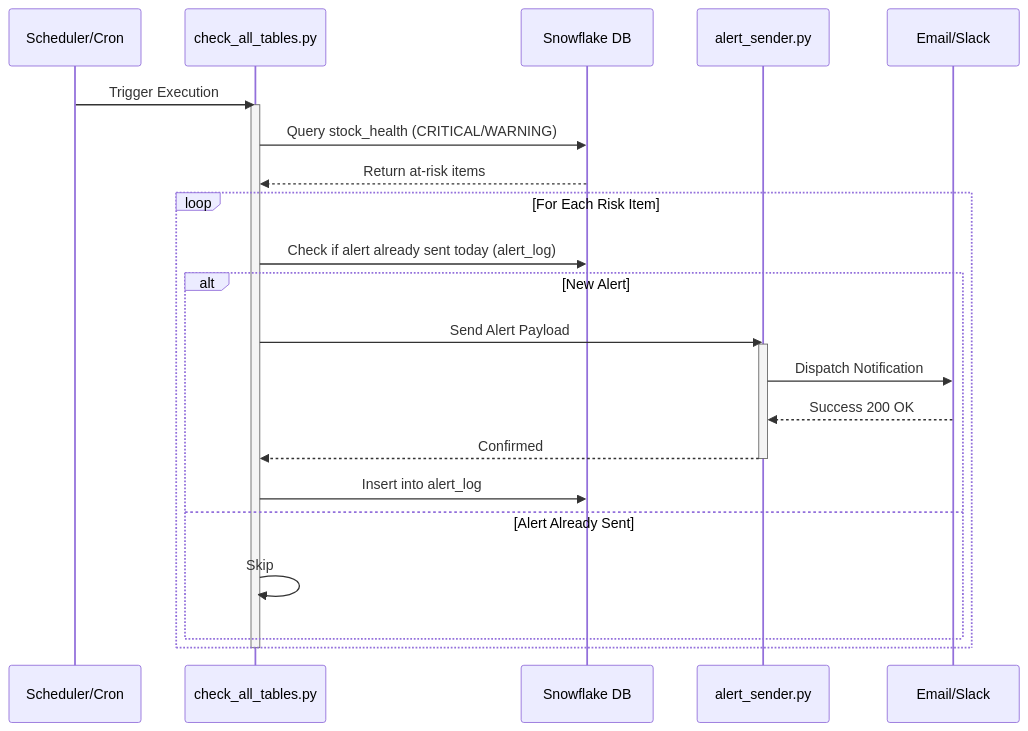
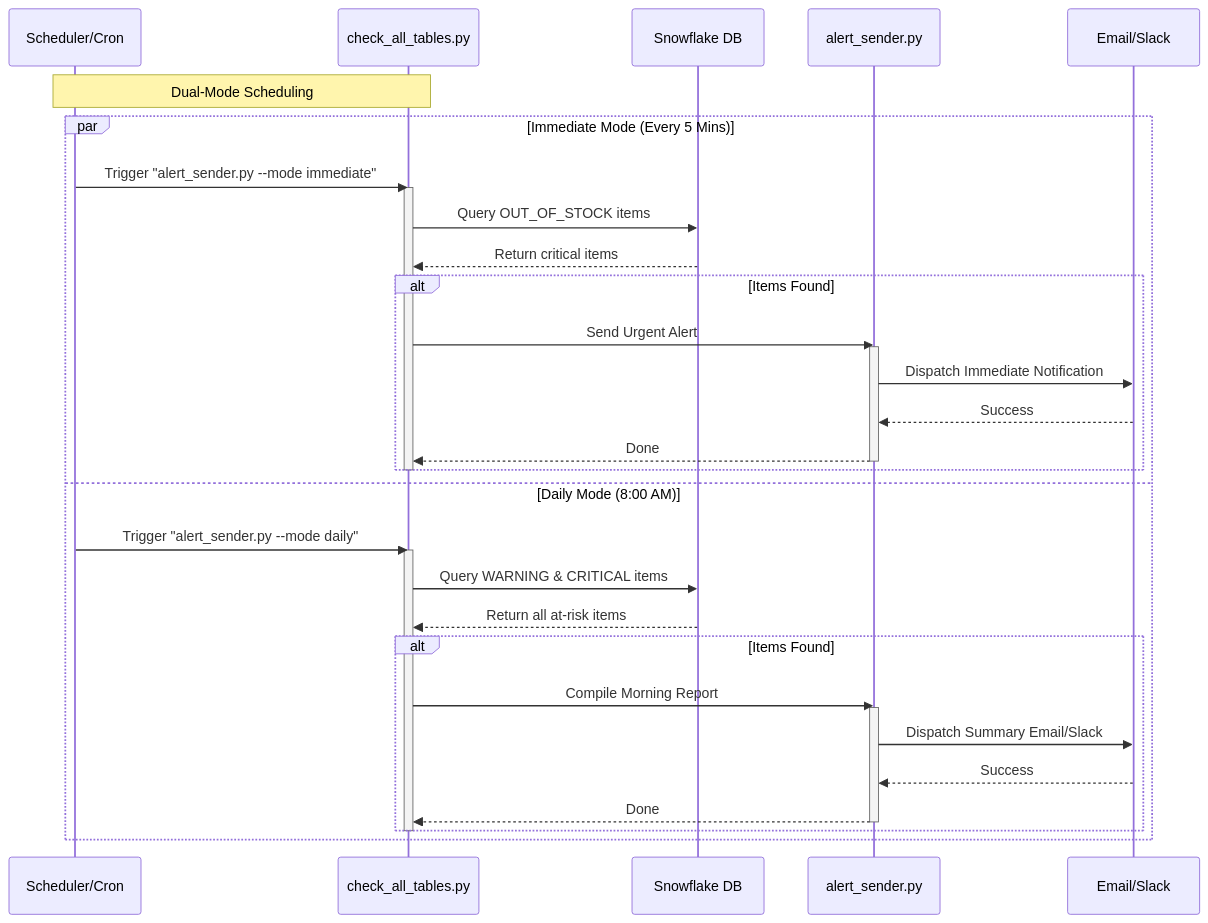
One commit to FlemingJohn/StockPulse-360 changed the diagram in diagrams/alert_flow.mmd. Above: the diagram before and after it, drawn with Mermaid. The commit also changed 4 other files, not shown here.

Commit message:
feat: Implement automated alerting and data processing with Snowflake streams/tasks, notification setup, and an alert sender.

```diff
--- a/diagrams/alert_flow.mmd
+++ b/diagrams/alert_flow.mmd
@@ -1,31 +1,41 @@
 sequenceDiagram
     participant Sched as Scheduler/Cron
     participant Script as check_all_tables.py
     participant DB as Snowflake DB
     participant Notifier as alert_sender.py
     participant Ext as Email/Slack
 
-    Sched->>Script: Trigger Execution
-    activate Script
+    Note over Sched, Script: Dual-Mode Scheduling
     
-    Script->>DB: Query stock_health (CRITICAL/WARNING)
-    DB-->>Script: Return at-risk items
-    
-    loop For Each Risk Item
-        Script->>DB: Check if alert already sent today (alert_log)
+    par Immediate Mode (Every 5 Mins)
+        Sched->>Script: Trigger "alert_sender.py --mode immediate"
+        activate Script
+        Script->>DB: Query OUT_OF_STOCK items
+        DB-->>Script: Return critical items
         
-        alt New Alert
-            Script->>Notifier: Send Alert Payload
+        alt Items Found
+            Script->>Notifier: Send Urgent Alert
             activate Notifier
-            Notifier->>Ext: Dispatch Notification
-            Ext-->>Notifier: Success 200 OK
-            Notifier-->>Script: Confirmed
+            Notifier->>Ext: Dispatch Immediate Notification
+            Ext-->>Notifier: Success
+            Notifier-->>Script: Done
             deactivate Notifier
-            
-            Script->>DB: Insert into alert_log
-        else Alert Already Sent
-            Script->>Script: Skip
         end
+        deactivate Script
+        
+    and Daily Mode (8:00 AM)
+        Sched->>Script: Trigger "alert_sender.py --mode daily"
+        activate Script
+        Script->>DB: Query WARNING & CRITICAL items
+        DB-->>Script: Return all at-risk items
+        
+        alt Items Found
+            Script->>Notifier: Compile Morning Report
+            activate Notifier
+            Notifier->>Ext: Dispatch Summary Email/Slack
+            Ext-->>Notifier: Success
+            Notifier-->>Script: Done
+            deactivate Notifier
+        end
+        deactivate Script
     end
-    
-    deactivate Script
```
